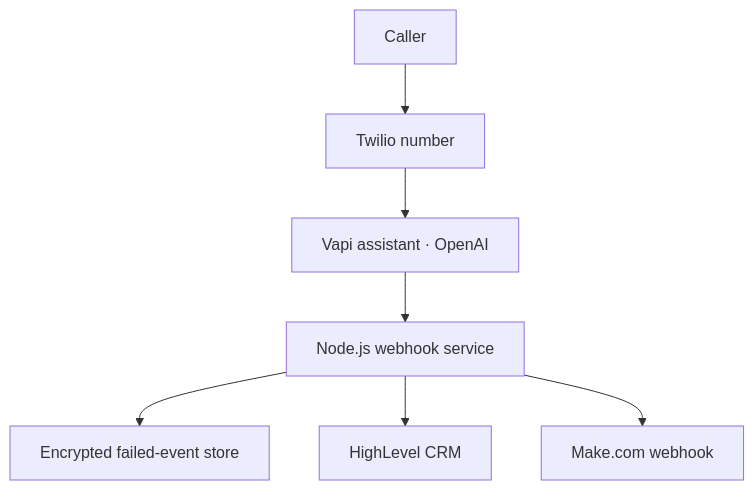
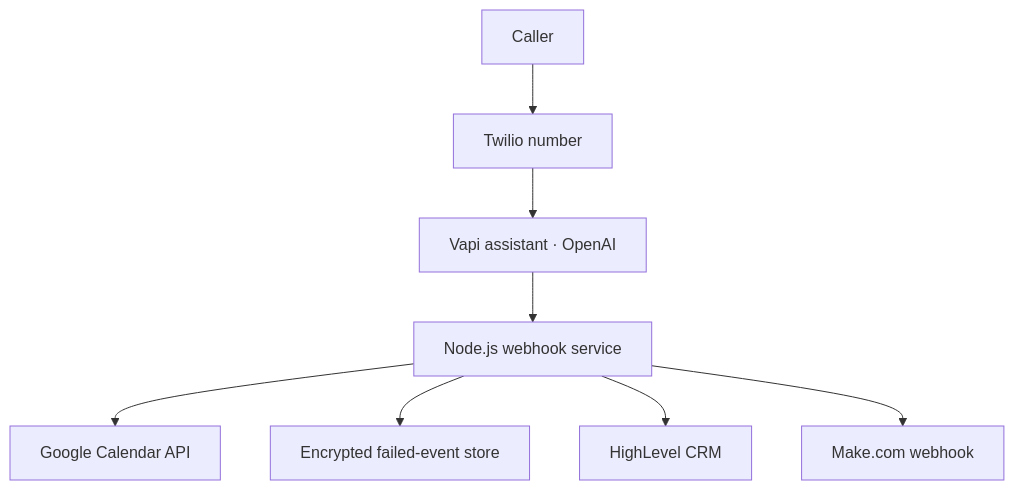
Before and after one commit to nnbaokhang/knailab-ai-voice-receptionist: the diagram in README.md, drawn with Mermaid. The commit also changed other lines of this file, not shown here.

Commit message:
Implement live calendar booking and workflow hardening

````diff
--- a/README.md
+++ b/README.md
@@ -9,9 +9,10 @@
 ```mermaid
 flowchart TD
   Caller --> Twilio["Twilio number"]
   Twilio --> Vapi["Vapi assistant · OpenAI"]
   Vapi --> Service["Node.js webhook service"]
+  Service --> Calendar["Google Calendar API"]
   Service --> Store["Encrypted failed-event store"]
   Service --> GHL["HighLevel CRM"]
   Service --> Make["Make.com webhook"]
 ```
````
